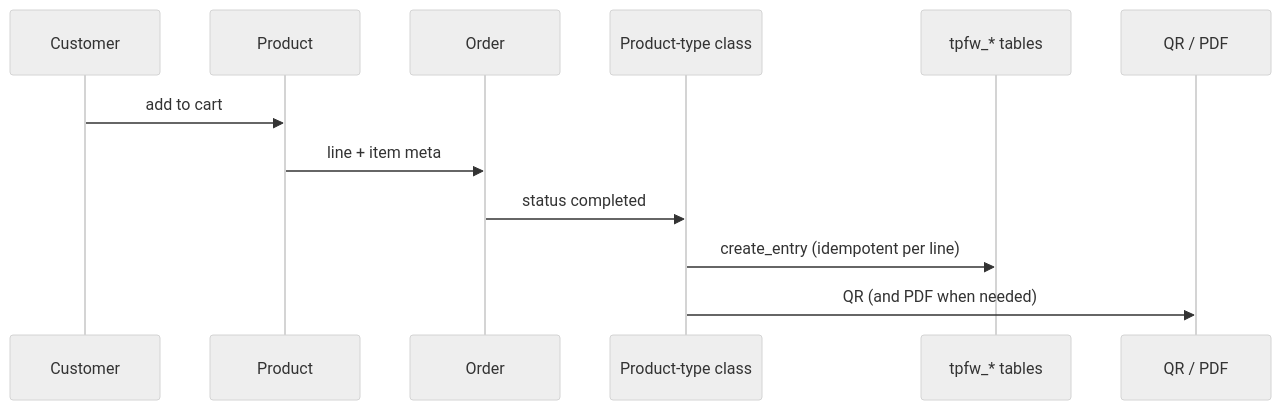
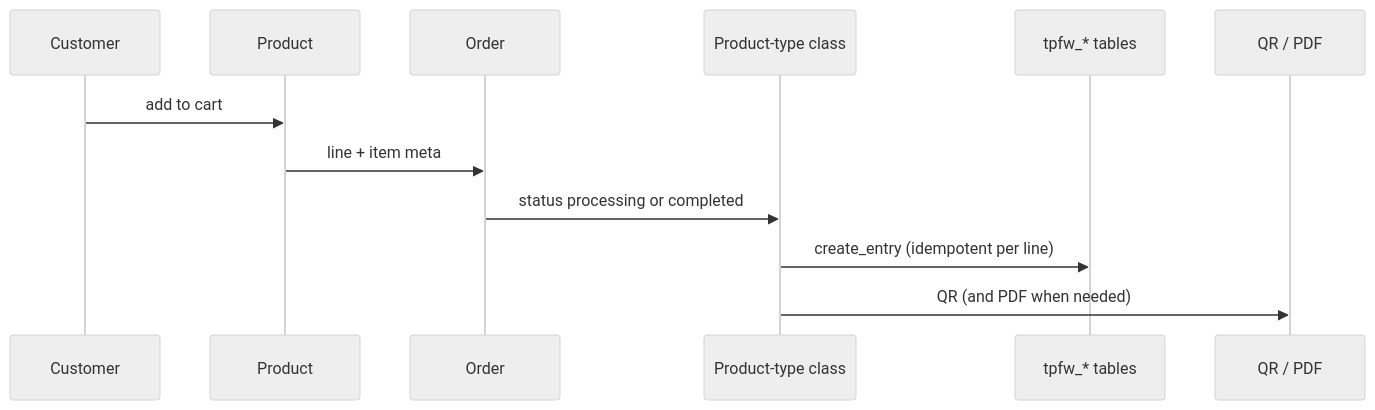
The diagram in docs/architecture.md (ricande/Tickets-Passes-for-WooCommerce), drawn with Mermaid (neutral theme) before and after one commit. The commit also changed other lines of this file and 11 other files, not shown here.

````diff
--- a/docs/architecture.md
+++ b/docs/architecture.md
@@ -37,15 +37,15 @@
 ```mermaid
 sequenceDiagram
     participant Customer
     participant Product
     participant Order
     participant Type as Product-type class
     participant DB as tpfw_* tables
     participant Files as QR / PDF
 
     Customer->>Product: add to cart
     Product->>Order: line + item meta
-    Order->>Type: status completed
+    Order->>Type: status processing or completed
     Type->>DB: create_entry (idempotent per line)
     Type->>Files: QR (and PDF when needed)
 ```
````
